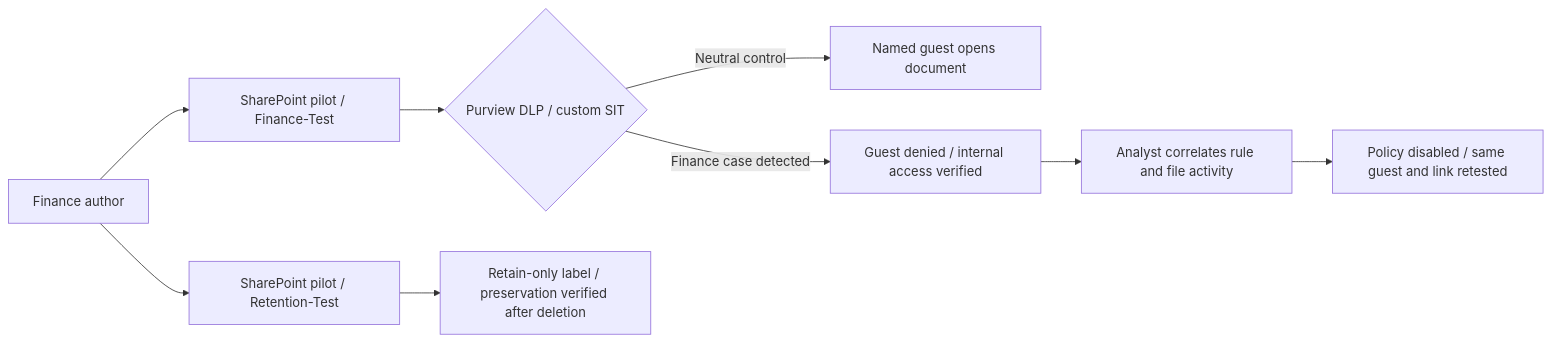
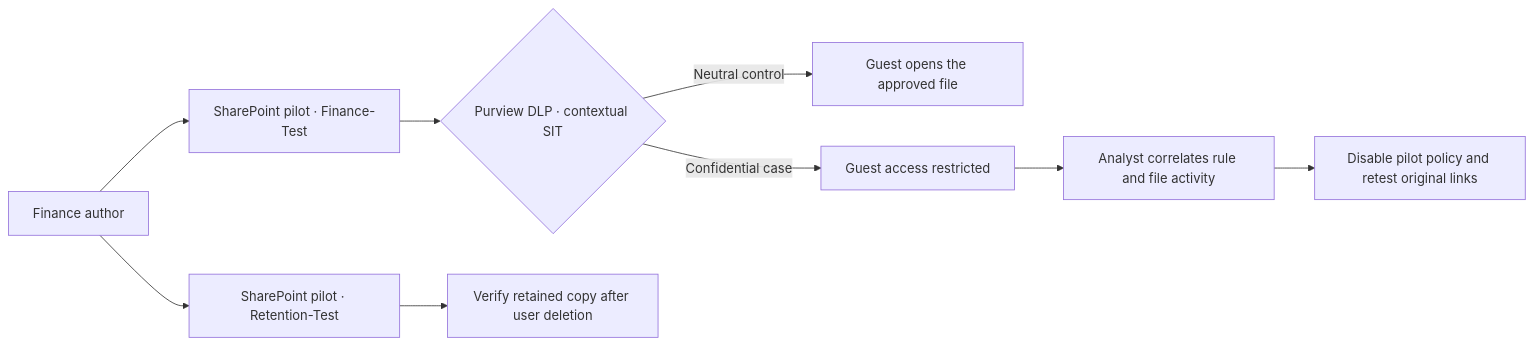
The diagram in README.md (krzysztof-szot/microsoft-purview-data-protection-project), drawn with Mermaid before and after one commit. The commit also changed other lines of this file, not shown here.

Commit message:
Align Purview README with portfolio project layout

````diff
--- a/README.md
+++ b/README.md
@@ -11,11 +63,11 @@
 ```mermaid
 flowchart LR
-    A["Finance author"] --> B["SharePoint pilot / Finance-Test"]
-    B --> C{"Purview DLP / custom SIT"}
-    C -->|"Neutral control"| D["Named guest opens document"]
-    C -->|"Finance case detected"| E["Guest denied / internal access verified"]
-    E --> F["Analyst correlates rule and file activity"]
-    F --> G["Policy disabled / same guest and link retested"]
-    A --> H["SharePoint pilot / Retention-Test"]
-    H --> I["Retain-only label / preservation verified after deletion"]
+    Author["Finance author"] --> Finance["SharePoint pilot · Finance-Test"]
+    Finance --> DLP{"Purview DLP · contextual SIT"}
+    DLP -->|"Neutral control"| Allow["Guest opens the approved file"]
+    DLP -->|"Confidential case"| Deny["Guest access restricted"]
+    Deny --> Triage["Analyst correlates rule and file activity"]
+    Triage --> Recovery["Disable pilot policy and retest original links"]
+    Author --> Retention["SharePoint pilot · Retention-Test"]
+    Retention --> Preserve["Verify retained copy after user deletion"]
 ```
````
